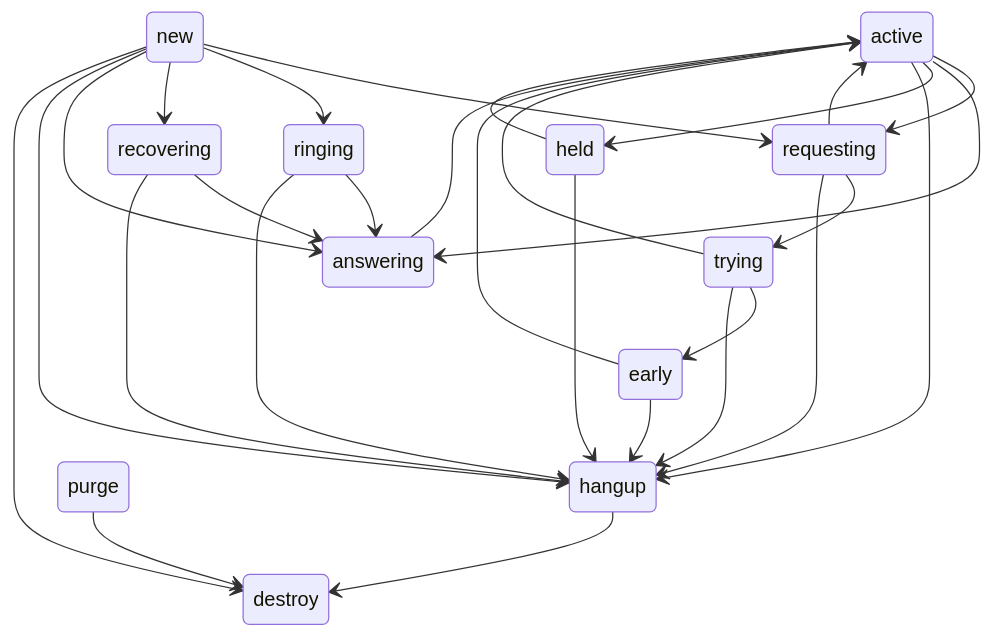
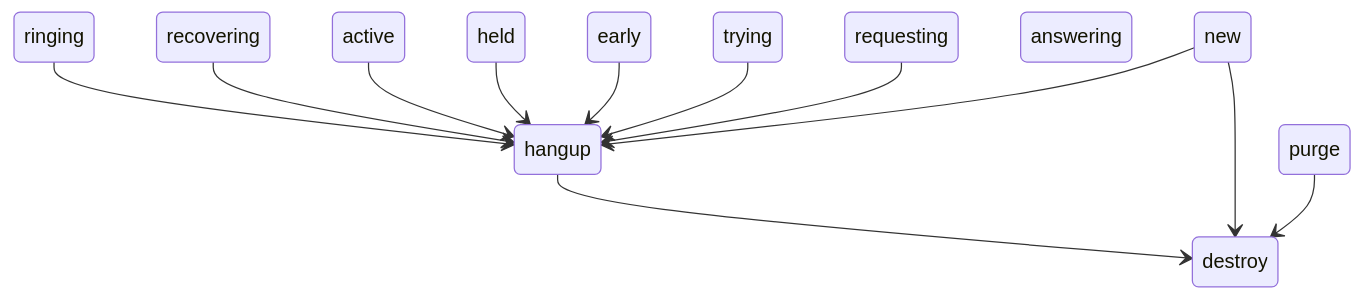
The fourth of 4 diagrams in verto-design.md (bjenning04/foam), drawn with Mermaid before and after one commit.

Commit message:
May 4, 2026, 5:25 PM

````diff
--- a/verto-design.md
+++ b/verto-design.md
@@ -318,38 +318,29 @@
 ```mermaid
 stateDiagram
-    active --> requesting
-    new --> requesting
-    new --> ringing
-    new --> recovering
-    new --> answering
-    ringing --> answering
-    recovering --> answering
-
-    requesting --> active
-    requesting --> trying
-    
-
-    trying --> active
-    trying --> early
-
-    early --> active
-
-    active --> answering
-    active --> held
-
-    answering --> active
-
-    held --> active
+    new
+    purge
+    requesting
+    trying
+    early
+    ringing
+    recovering
+    early
+    active
+    answering
+    held
+    hangup
+    destroy
 
     ringing --> hangup
     recovering --> hangup
     active --> hangup
     held --> hangup
     early --> hangup
     trying --> hangup
     requesting --> hangup
     new --> hangup
+
     hangup --> destroy
     new --> destroy
     purge --> destroy
 ```
````
